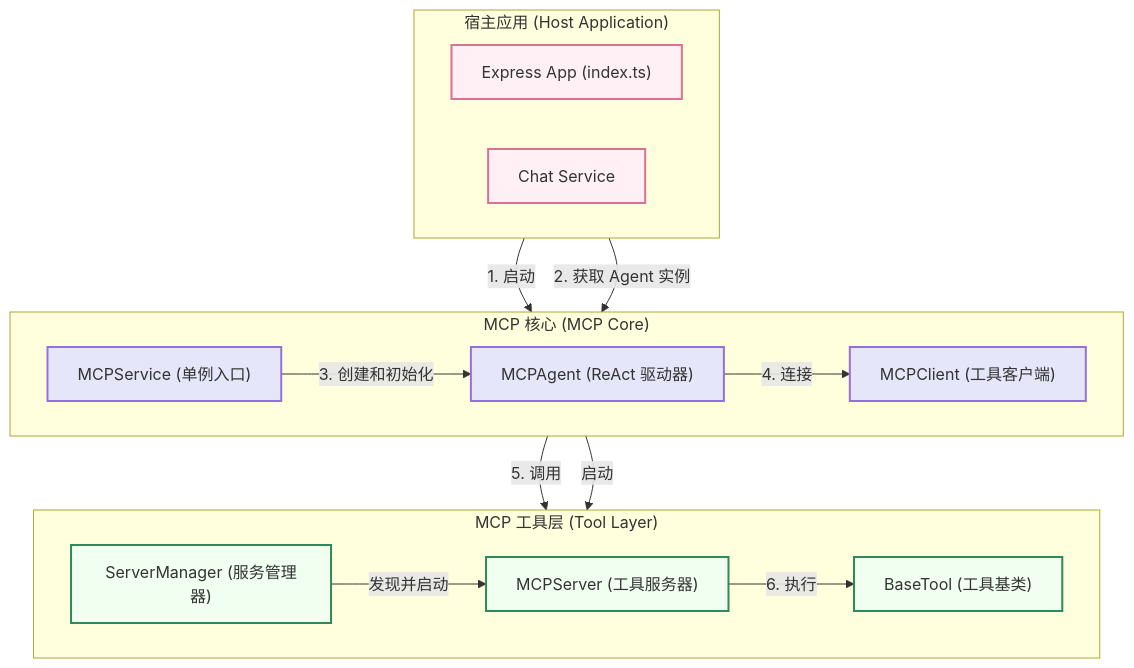
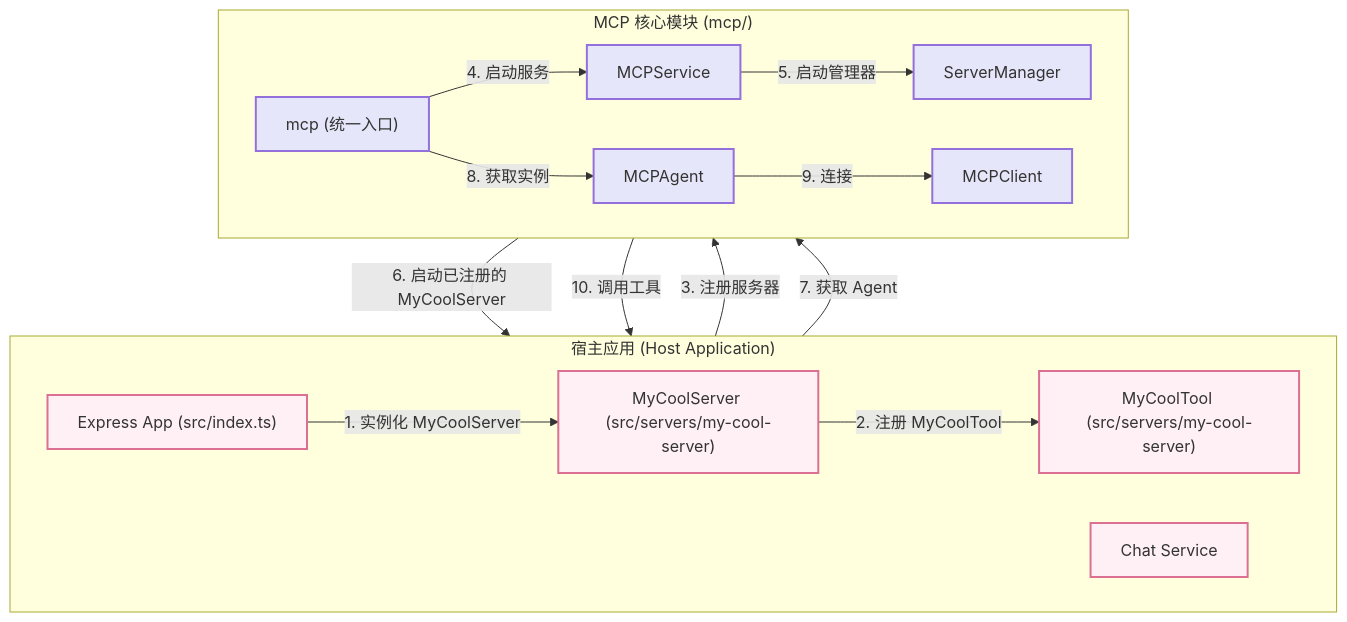
Before and after one commit to seemrcola/bot-server: the diagram in src/mcp/README.md, drawn with Mermaid. The commit also changed other lines of this file and 1 other file, not shown here.

````diff
--- a/src/mcp/README.md
+++ b/src/mcp/README.md
@@ -16,39 +16,36 @@
 ```mermaid
 graph TD;
     subgraph "宿主应用 (Host Application)"
         direction LR
-        App["Express App (index.ts)"]
+        App["Express App (src/index.ts)"]
         ChatService["Chat Service"]
+        MyServer["MyCoolServer (src/servers/my-cool-server)"]
+        MyTool["MyCoolTool (src/servers/my-cool-server)"]
     end
 
-    subgraph "MCP 核心 (MCP Core)"
+    subgraph "MCP 核心模块 (mcp/)"
         direction LR
-        MCPService["MCPService (单例入口)"]
-        MCPAgent["MCPAgent (ReAct 驱动器)"]
-        MCPClient["MCPClient (工具客户端)"]
+        MCP["mcp (统一入口)"]
+        MCPService["MCPService"]
+        MCPAgent["MCPAgent"]
+        ServerManager["ServerManager"]
+        MCPClient["MCPClient"]
     end
     
-    subgraph "MCP 工具层 (Tool Layer)"
-        direction LR
-        ServerManager["ServerManager (服务管理器)"]
-        MCPServer["MCPServer (工具服务器)"]
-        BaseTool["BaseTool (工具基类)"]
-    end
-
-    App -- "1. 启动" --> MCPService
-    ChatService -- "2. 获取 Agent 实例" --> MCPService
-    MCPService -- "3. 创建和初始化" --> MCPAgent
-    MCPAgent -- "4. 连接" --> MCPClient
-    MCPClient -- "5. 调用" --> MCPServer
-    MCPServer -- "6. 执行" --> BaseTool
-    MCPService -- "启动" --> ServerManager
-    ServerManager -- "发现并启动" --> MCPServer
+    App -- "1. 实例化 MyCoolServer" --> MyServer
+    MyServer -- "2. 注册 MyCoolTool" --> MyTool
+    App -- "3. 注册服务器" --> MCP
+    MCP -- "4. 启动服务" --> MCPService
+    MCPService -- "5. 启动管理器" --> ServerManager
+    ServerManager -- "6. 启动已注册的 MyCoolServer" --> MyServer
+    ChatService -- "7. 获取 Agent" --> MCP
+    MCP -- "8. 获取实例" --> MCPAgent
+    MCPAgent -- "9. 连接" --> MCPClient
+    MCPClient -- "10. 调用工具" --> MyServer
     
     classDef host fill:#FFF0F5,stroke:#DB7093,stroke-width:2px;
     classDef core fill:#E6E6FA,stroke:#9370DB,stroke-width:2px;
-    classDef tool fill:#F0FFF0,stroke:#2E8B57,stroke-width:2px;
 
-    class App,ChatService host;
-    class MCPService,MCPAgent,MCPClient core;
-    class ServerManager,MCPServer,BaseTool tool;
+    class App,ChatService,MyServer,MyTool host;
+    class MCP,MCPService,MCPAgent,ServerManager,MCPClient core;
 ```
````
